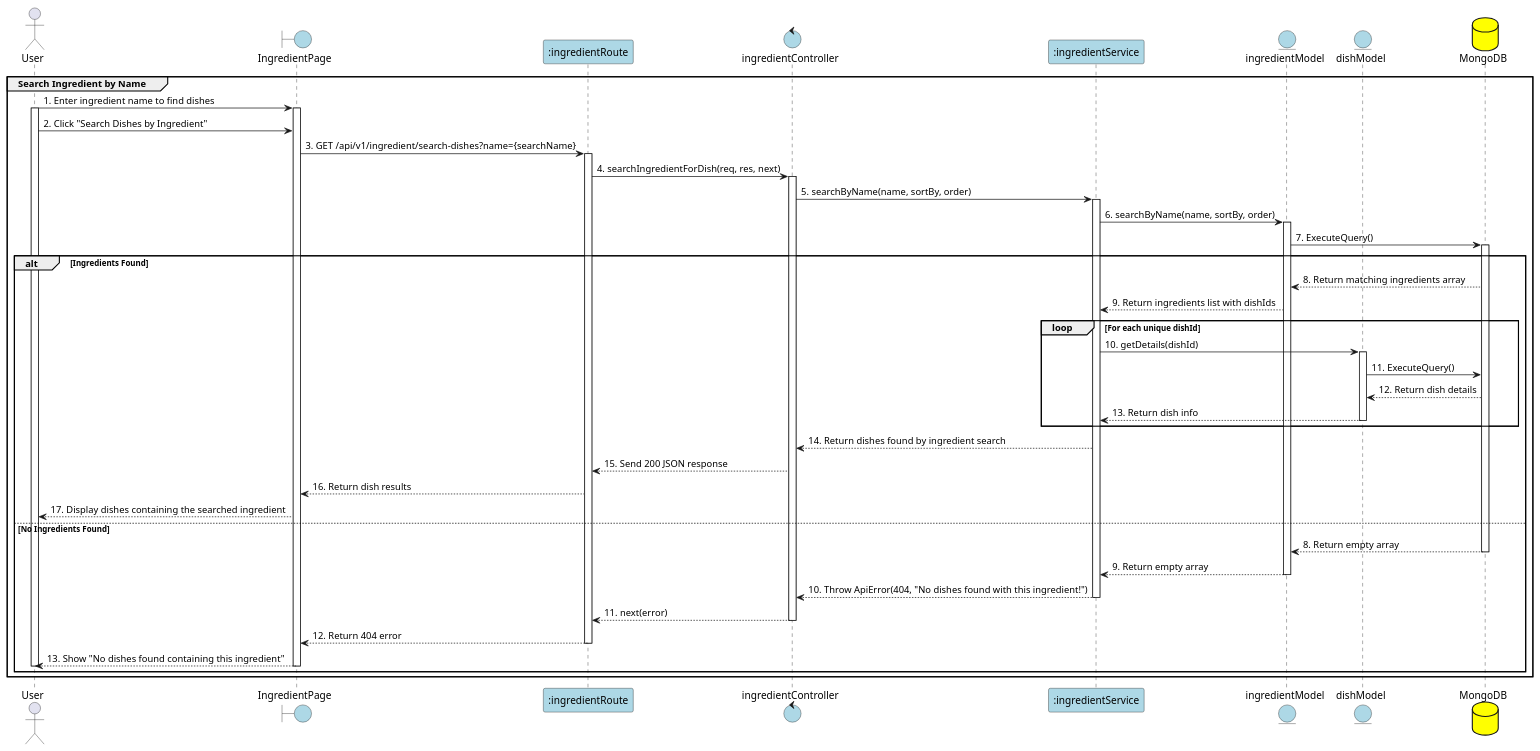
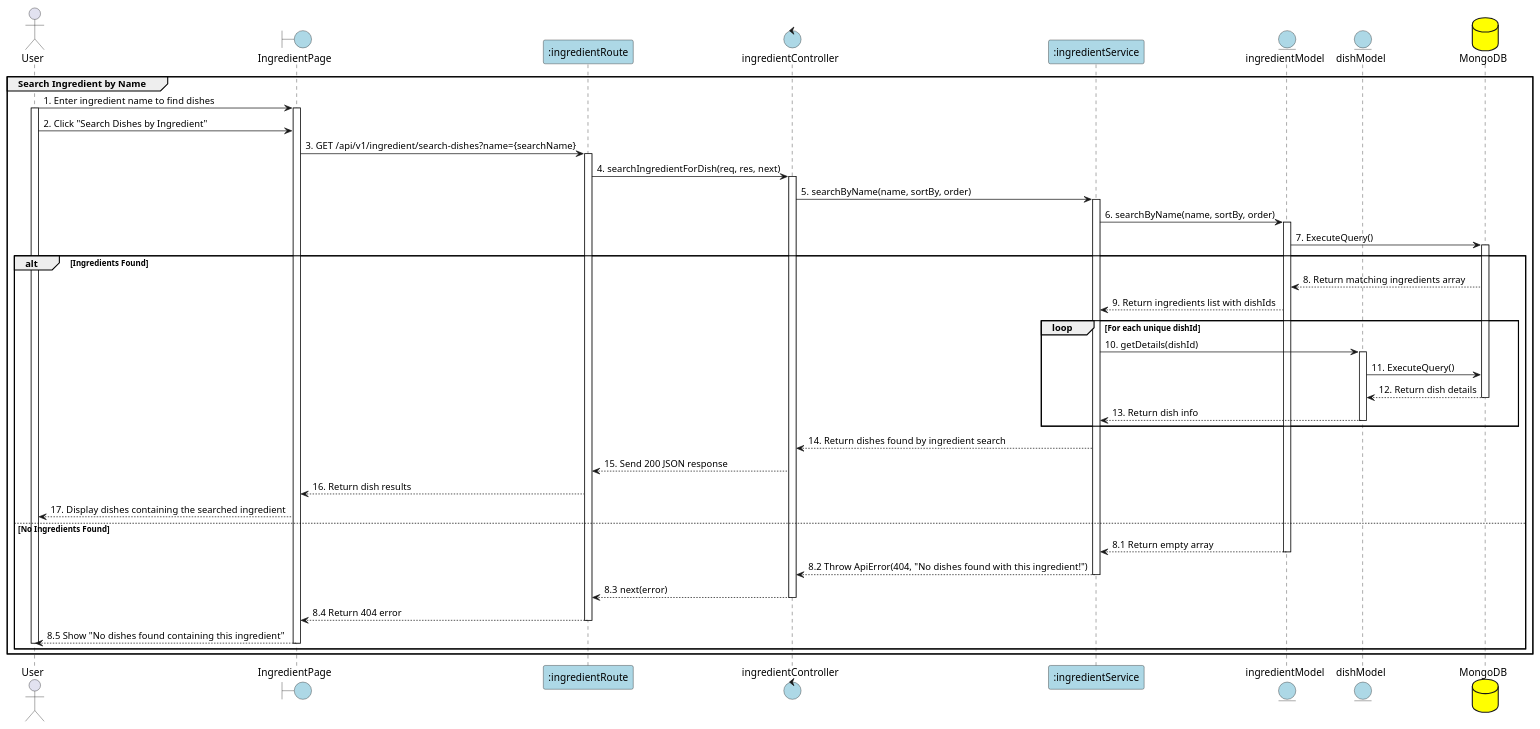
Before and after one commit to Aohkne/CaloCook: the diagram in PlanUML/27_SearchIngredient.puml, drawn with PlantUML. The commit also changed 6 other files, not shown here.

```diff
--- a/PlanUML/27_SearchIngredient.puml
+++ b/PlanUML/27_SearchIngredient.puml
@@ -1,85 +1,81 @@
 @startuml SearchIngredient
 
 actor "User" as User
 boundary "IngredientPage" as View #lightblue
 participant ":ingredientRoute" as Route #lightblue
 control "ingredientController" as Controller #lightblue
 participant ":ingredientService" as Service #lightblue
 entity "ingredientModel" as IngredientModel #lightblue
 entity "dishModel" as DishModel #lightblue
 database "MongoDB" as MongoDB #yellow
 
 group Search Ingredient by Name
 
 User -> View: 1. Enter ingredient name to find dishes
 activate User
 activate View
 
 User -> View: 2. Click "Search Dishes by Ingredient"
 View -> Route: 3. GET /api/v1/ingredient/search-dishes?name={searchName}
 activate Route
 
-
 Route -> Controller: 4. searchIngredientForDish(req, res, next)
 activate Controller
-
 
 Controller -> Service: 5. searchByName(name, sortBy, order)
 activate Service
 
 Service -> IngredientModel: 6. searchByName(name, sortBy, order)
 activate IngredientModel
 
 IngredientModel -> MongoDB: 7. ExecuteQuery()
 activate MongoDB
 
 alt Ingredients Found
     MongoDB --> IngredientModel: 8. Return matching ingredients array
     
     IngredientModel --> Service: 9. Return ingredients list with dishIds
     
-    
     loop For each unique dishId
         Service -> DishModel: 10. getDetails(dishId)
         activate DishModel
         
         DishModel -> MongoDB: 11. ExecuteQuery()
         
         MongoDB --> DishModel: 12. Return dish details
+        deactivate MongoDB
         
         DishModel --> Service: 13. Return dish info
         deactivate DishModel
     end
     
     Service --> Controller: 14. Return dishes found by ingredient search
     
     Controller --> Route: 15. Send 200 JSON response
 
     Route --> View: 16. Return dish results
     
     View --> User: 17. Display dishes containing the searched ingredient
+
+else No Ingredients Found
     
-else No Ingredients Found
-    MongoDB --> IngredientModel: 8. Return empty array
-    deactivate MongoDB
-    
-    IngredientModel --> Service: 9. Return empty array
+    IngredientModel --> Service: 8.1 Return empty array
     deactivate IngredientModel
     
-    Service --> Controller: 10. Throw ApiError(404, "No dishes found with this ingredient!")
+    Service --> Controller: 8.2 Throw ApiError(404, "No dishes found with this ingredient!")
     deactivate Service
     
-    Controller --> Route: 11. next(error)
+    Controller --> Route: 8.3 next(error)
     deactivate Controller
     
-    Route --> View: 12. Return 404 error
+    Route --> View: 8.4 Return 404 error
     deactivate Route
     
-    View --> User: 13. Show "No dishes found containing this ingredient"
+    View --> User: 8.5 Show "No dishes found containing this ingredient"
     deactivate View
     deactivate User
 end
 
 end
 
 @enduml
```
